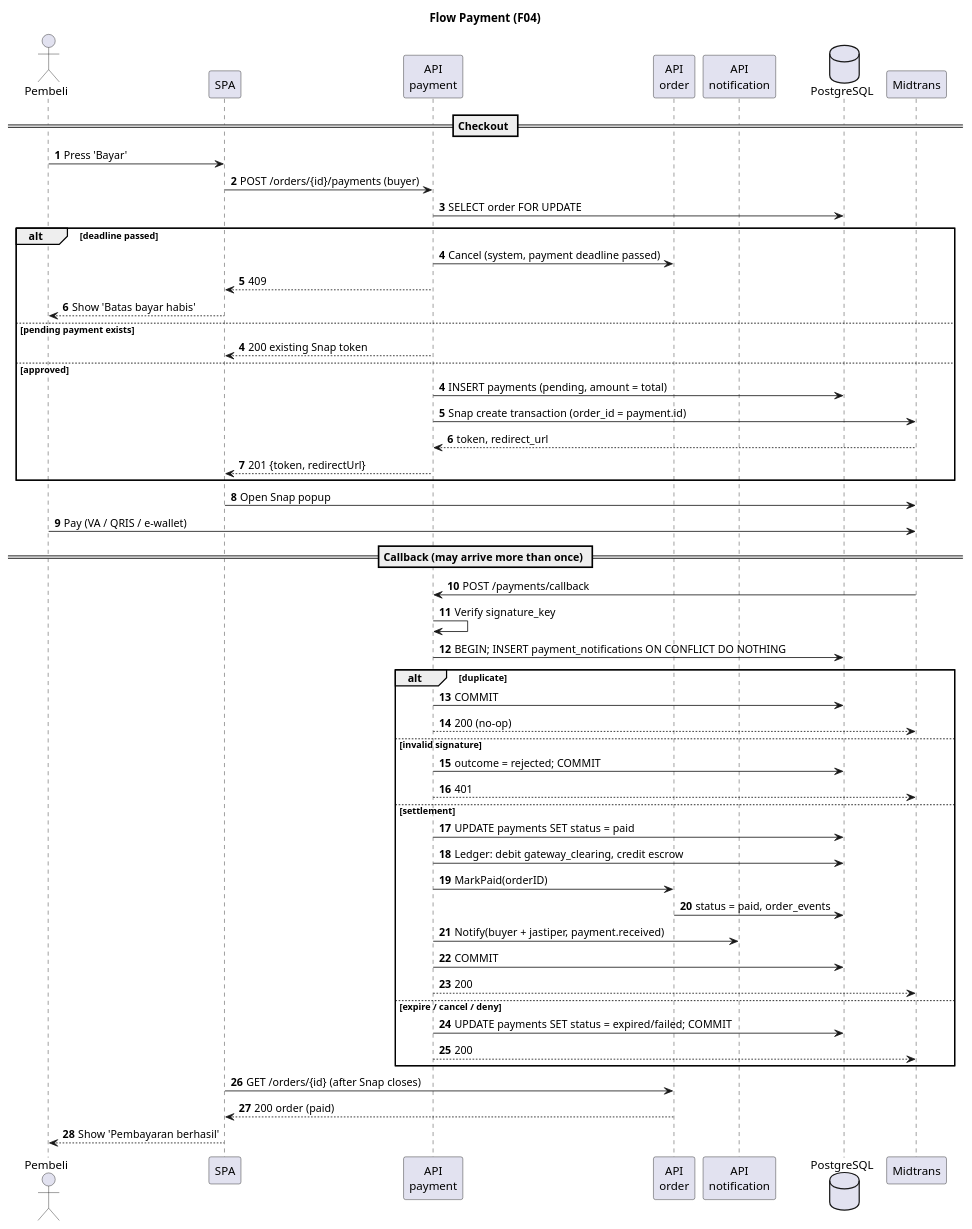
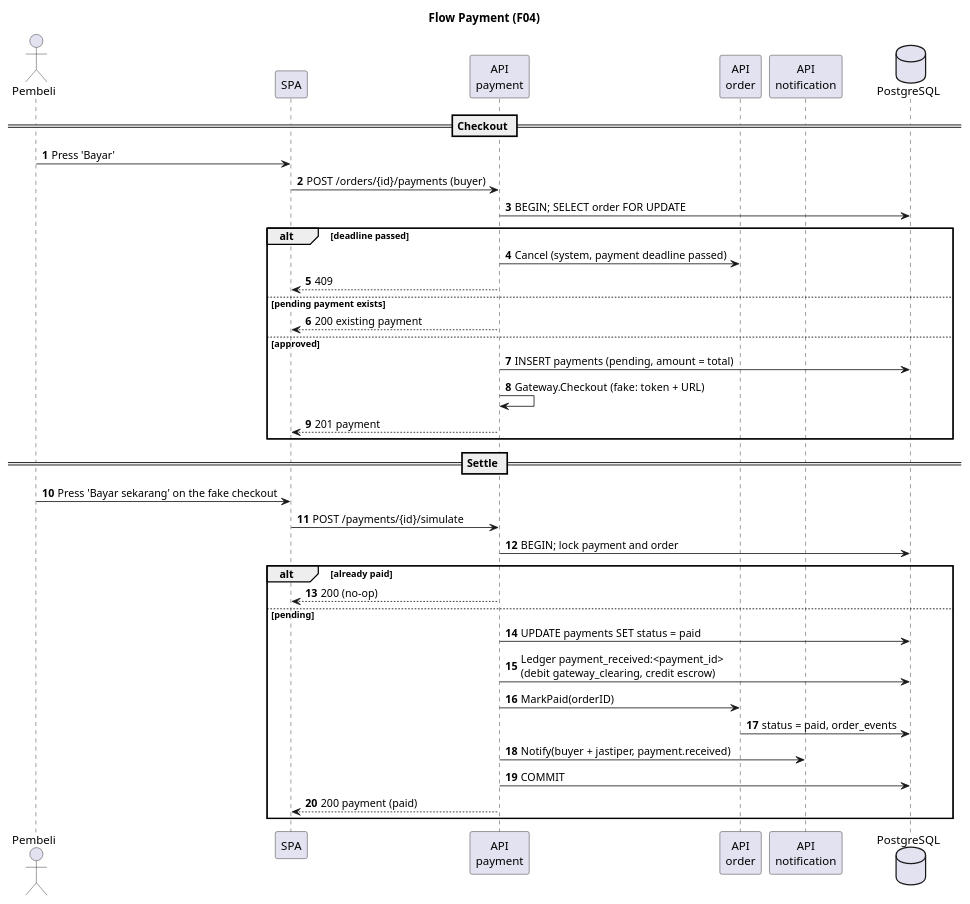
The fourth of 8 diagrams in docs/features/README.md (Titip-Dong/titipdong-be), drawn with PlantUML before and after one commit. The commit also changed other lines of this file and 11 other files, not shown here.

````diff
--- a/docs/features/README.md
+++ b/docs/features/README.md
@@ -246,67 +208,48 @@
 ```plantuml
 @startuml payment
 
 title Flow Payment (F04)
 
 actor       "Pembeli"           as buyer
 participant "SPA"               as fe
 participant "API\npayment"      as pay
 participant "API\norder"        as order
 participant "API\nnotification" as notif
 database    "PostgreSQL"        as db
-participant "Midtrans"          as mt
 
 autonumber
 == Checkout ==
 buyer -> fe     : Press 'Bayar'
 fe -> pay       : POST /orders/{id}/payments (buyer)
-pay -> db       : SELECT order FOR UPDATE
+pay -> db       : BEGIN; SELECT order FOR UPDATE
 
 alt deadline passed
     pay -> order    : Cancel (system, payment deadline passed)
     pay --> fe      : 409
-    fe --> buyer    : Show 'Batas bayar habis'
 else pending payment exists
-    autonumber 4
-    pay --> fe      : 200 existing Snap token
+    pay --> fe      : 200 existing payment
 else approved
-    autonumber 4
     pay -> db       : INSERT payments (pending, amount = total)
-    pay -> mt       : Snap create transaction (order_id = payment.id)
-    mt --> pay      : token, redirect_url
-    pay --> fe      : 201 {token, redirectUrl}
+    pay -> pay      : Gateway.Checkout (fake: token + URL)
+    pay --> fe      : 201 payment
 end
 
-fe -> mt        : Open Snap popup
-buyer -> mt     : Pay (VA / QRIS / e-wallet)
+== Settle ==
+buyer -> fe     : Press 'Bayar sekarang' on the fake checkout
+fe -> pay       : POST /payments/{id}/simulate
+pay -> db       : BEGIN; lock payment and order
 
-== Callback (may arrive more than once) ==
-mt -> pay       : POST /payments/callback
-pay -> pay      : Verify signature_key
-pay -> db       : BEGIN; INSERT payment_notifications ON CONFLICT DO NOTHING
-
-alt duplicate
-    pay -> db       : COMMIT
-    pay --> mt      : 200 (no-op)
-else invalid signature
-    pay -> db       : outcome = rejected; COMMIT
-    pay --> mt      : 401
-else settlement
+alt already paid
+    pay --> fe      : 200 (no-op)
+else pending
     pay -> db       : UPDATE payments SET status = paid
-    pay -> db       : Ledger: debit gateway_clearing, credit escrow
+    pay -> db       : Ledger payment_received:<payment_id>\n(debit gateway_clearing, credit escrow)
     pay -> order    : MarkPaid(orderID)
     order -> db     : status = paid, order_events
     pay -> notif    : Notify(buyer + jastiper, payment.received)
     pay -> db       : COMMIT
-    pay --> mt      : 200
-else expire / cancel / deny
-    pay -> db       : UPDATE payments SET status = expired/failed; COMMIT
-    pay --> mt      : 200
+    pay --> fe      : 200 payment (paid)
 end
-
-fe -> order     : GET /orders/{id} (after Snap closes)
-order --> fe    : 200 order (paid)
-fe --> buyer    : Show 'Pembayaran berhasil'
 
 @enduml
 ```
````
